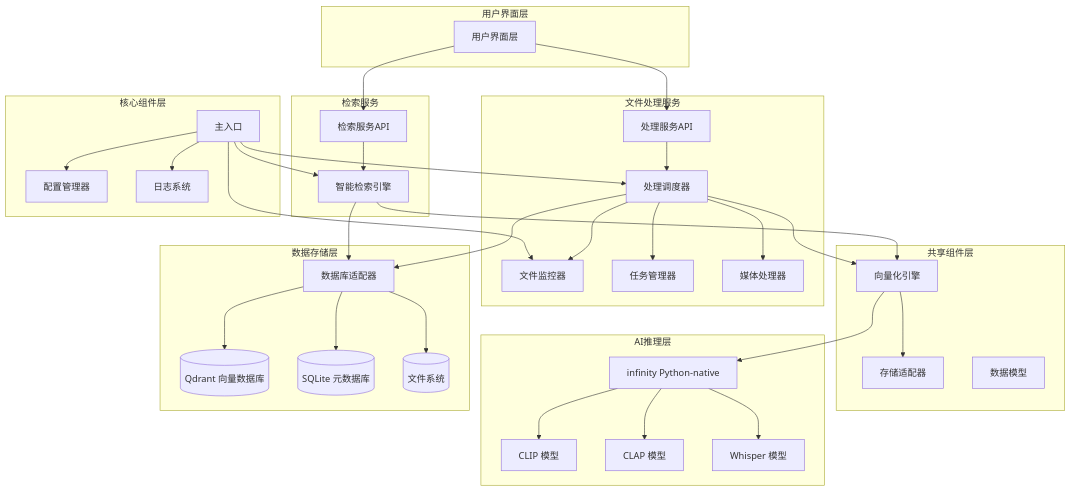
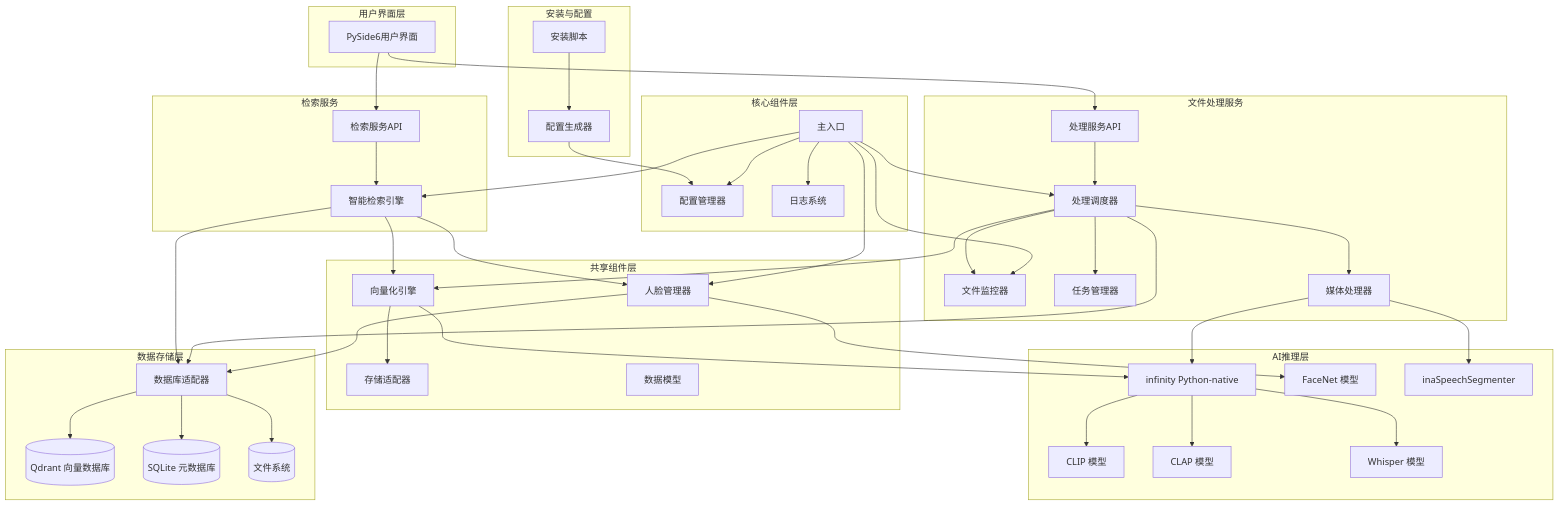
The diagram in .kiro/specs/multimodal-search-system/design.md (cr4342/msearch), drawn with Mermaid before and after one commit. The commit also changed other lines of this file and 1 other file, not shown here.

````diff
--- a/.kiro/specs/multimodal-search-system/design.md
+++ b/.kiro/specs/multimodal-search-system/design.md
@@ -150,13 +150,19 @@
 ```mermaid
 graph TB
+    subgraph "安装与配置"
+        InstallScript[安装脚本]
+        ConfigGenerator[配置生成器]
+    end
+    
     subgraph "用户界面层"
-        UI[用户界面层]
+        UI[PySide6用户界面]
     end
     
     subgraph "共享组件层"
         EmbeddingEngine[向量化引擎]
         StorageAdapter[存储适配器]
         DataModels[数据模型]
+        FaceManager[人脸管理器]
     end
     
     subgraph "文件处理服务"
@@ -177,6 +183,8 @@
         CLIP[CLIP 模型]
         CLAP[CLAP 模型]
         Whisper[Whisper 模型]
+        FaceNet[FaceNet 模型]
+        InaSpeechSegmenter[inaSpeechSegmenter]
     end
     
     subgraph "数据存储层"
@@ -192,6 +200,9 @@
         MainEntry[主入口]
     end
     
+    InstallScript --> ConfigGenerator
+    ConfigGenerator --> ConfigManager
+    
     UI --> SearchAPI
     UI --> ProcessingAPI
     
@@ -200,6 +211,7 @@
     
     SmartRetrieval --> EmbeddingEngine
     SmartRetrieval --> DatabaseAdapter
+    SmartRetrieval --> FaceManager
     
     Orchestrator --> FileMonitor
     Orchestrator --> TaskManager
@@ -209,6 +221,12 @@
     
     EmbeddingEngine --> Infinity
     EmbeddingEngine --> StorageAdapter
+    
+    FaceManager --> FaceNet
+    FaceManager --> DatabaseAdapter
+    
+    MediaProcessor --> InaSpeechSegmenter
+    MediaProcessor --> Infinity
     
     Infinity --> CLIP
     Infinity --> CLAP
@@ -223,4 +241,5 @@
     MainEntry --> FileMonitor
     MainEntry --> Orchestrator
     MainEntry --> SmartRetrieval
+    MainEntry --> FaceManager
 ```
````
